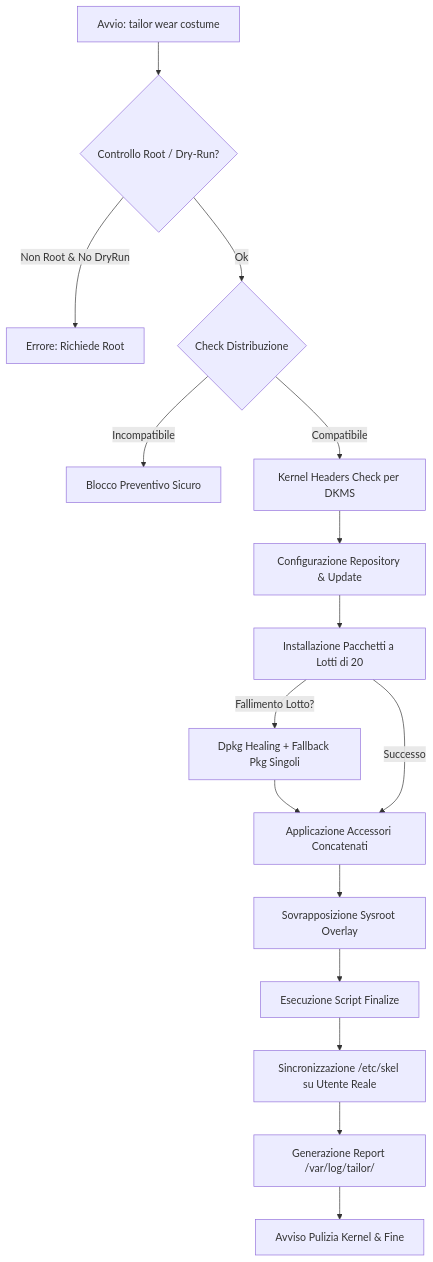
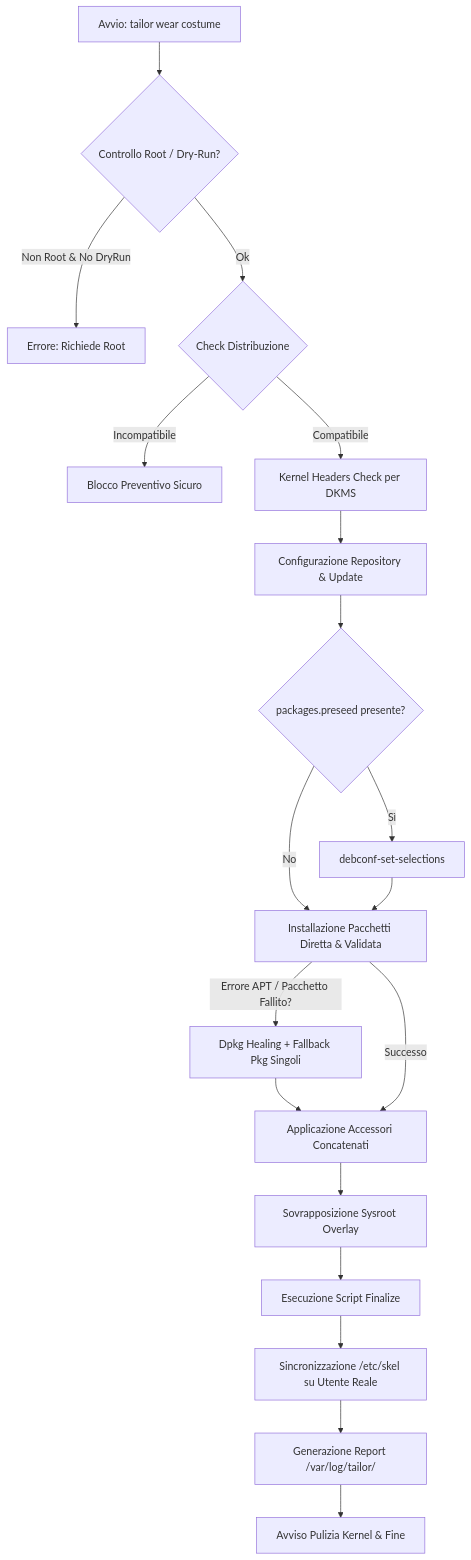
The diagram in v2/DOCS/wardrobe-users-guide.md (pieroproietti/penguins-wardrobe), drawn with Mermaid before and after one commit. The commit also changed other lines of this file and 3 other files, not shown here.

Commit message:
docs: document packages.preseed, remove batching and AI prompt, add firmwares-light preseed

````diff
--- a/v2/DOCS/wardrobe-users-guide.md
+++ b/v2/DOCS/wardrobe-users-guide.md
@@ -364,18 +447,21 @@
 ```mermaid
 flowchart TD
     A[Avvio: tailor wear costume] --> B{Controllo Root / Dry-Run?}
     B -- Non Root & No DryRun --> B1[Errore: Richiede Root]
     B -- Ok --> C{Check Distribuzione}
     C -- Incompatibile --> C1[Blocco Preventivo Sicuro]
     C -- Compatibile --> D[Kernel Headers Check per DKMS]
     D --> E[Configurazione Repository & Update]
-    E --> F[Installazione Pacchetti a Lotti di 20]
-    F -- Fallimento Lotto? --> G[Dpkg Healing + Fallback Pkg Singoli]
+    E --> PRE{packages.preseed presente?}
+    PRE -- Sì --> PRE1[debconf-set-selections]
+    PRE -- No --> F[Installazione Pacchetti Diretta & Validata]
+    PRE1 --> F
+    F -- Errore APT / Pacchetto Fallito? --> G[Dpkg Healing + Fallback Pkg Singoli]
     G --> H[Applicazione Accessori Concatenati]
     F -- Successo --> H
     H --> I[Sovrapposizione Sysroot Overlay]
     I --> J[Esecuzione Script Finalize]
     J --> K[Sincronizzazione /etc/skel su Utente Reale]
     K --> L[Generazione Report /var/log/tailor/]
     L --> M[Avviso Pulizia Kernel & Fine]
 ```
````
